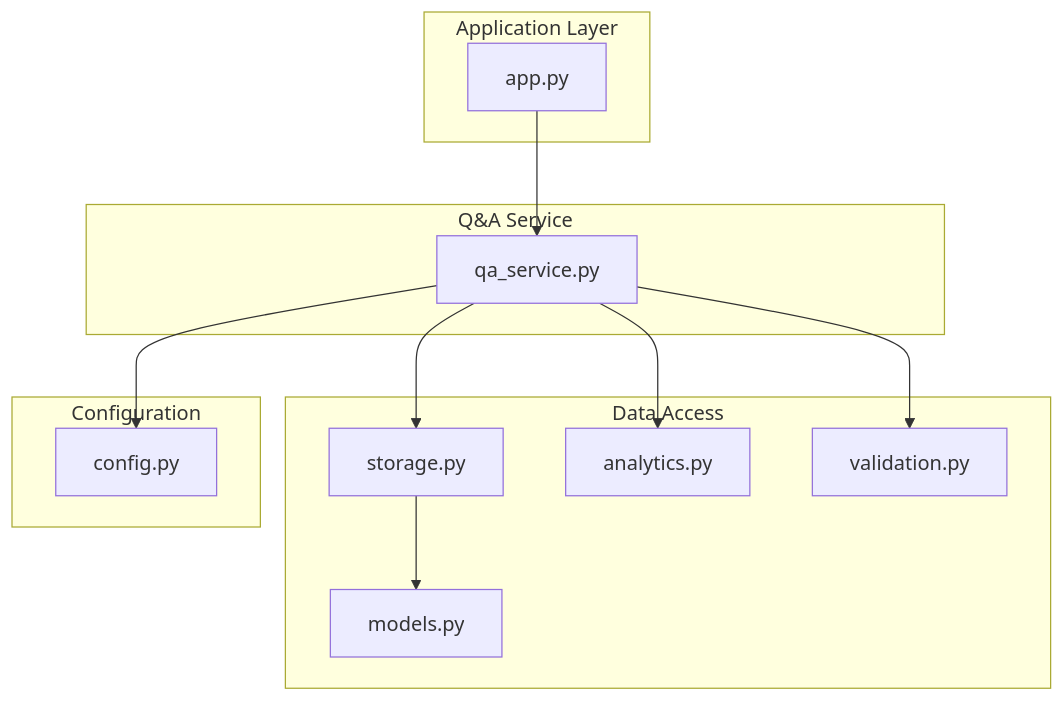
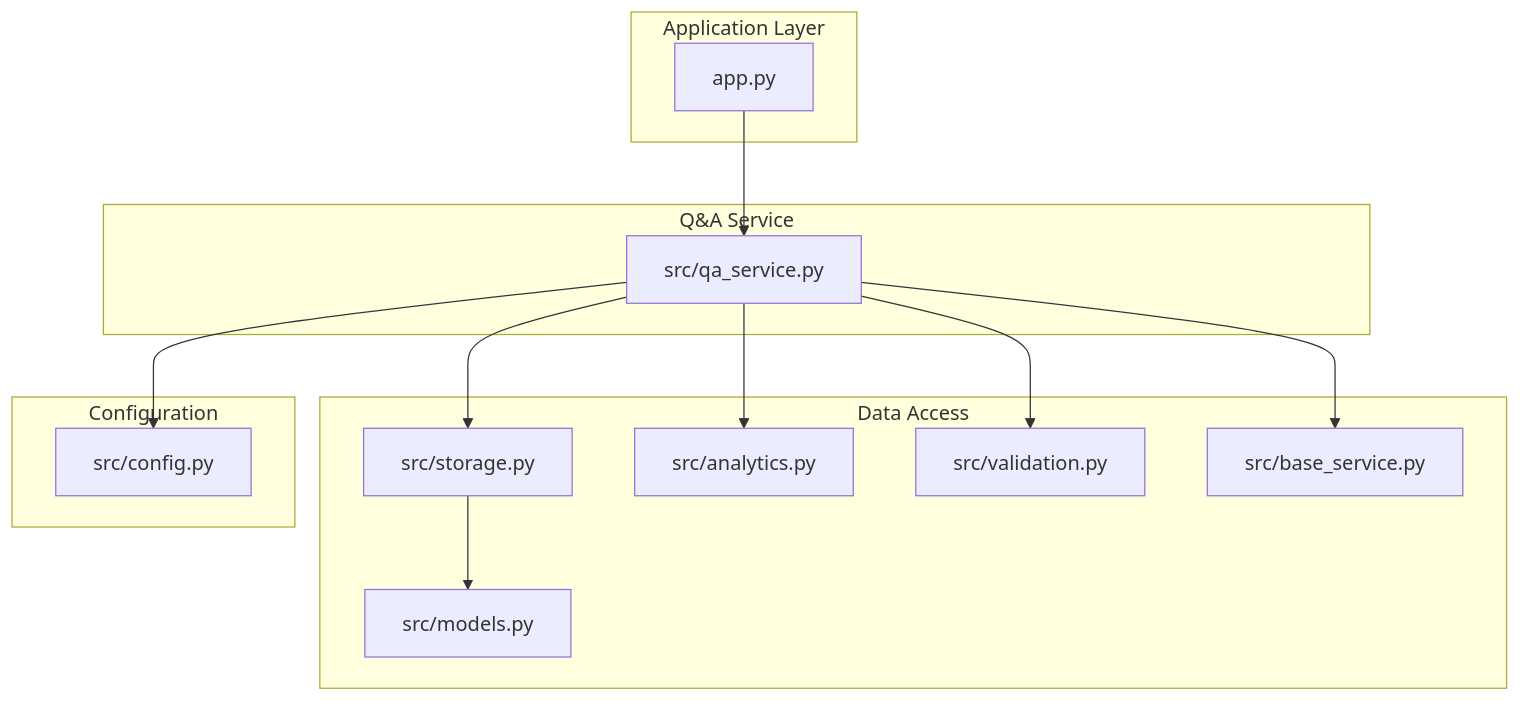
Before and after one commit to Johnny22056/SwimingStatus: the first of 7 diagrams in .qoder/repowiki/en/content/Feature Modules/Q&A System.md, drawn with Mermaid. The commit also changed other lines of this file and 4 other files, not shown here.

First line of the commit message:
feat: UI modernization - dark theme, KPI cards, chart subtitles, table & button styling

````diff
--- a/.qoder/repowiki/en/content/Feature Modules/Q&A System.md
+++ b/.qoder/repowiki/en/content/Feature Modules/Q&A System.md
@@ -35,24 +45,26 @@
 ```mermaid
 graph TB
 subgraph "Application Layer"
 APP["app.py"]
 end
 subgraph "Q&A Service"
-QAS["qa_service.py"]
+QAS["src/qa_service.py"]
 end
 subgraph "Data Access"
-STORE["storage.py"]
-MODELS["models.py"]
-ANALYTICS["analytics.py"]
-VALIDATION["validation.py"]
+STORE["src/storage.py"]
+MODELS["src/models.py"]
+ANALYTICS["src/analytics.py"]
+VALIDATION["src/validation.py"]
+BASESERVICE["src/base_service.py"]
 end
 subgraph "Configuration"
-CONFIG["config.py"]
+CONFIG["src/config.py"]
 end
 APP --> QAS
 QAS --> STORE
 QAS --> ANALYTICS
 QAS --> VALIDATION
+QAS --> BASESERVICE
 QAS --> CONFIG
 STORE --> MODELS
 ```
````
